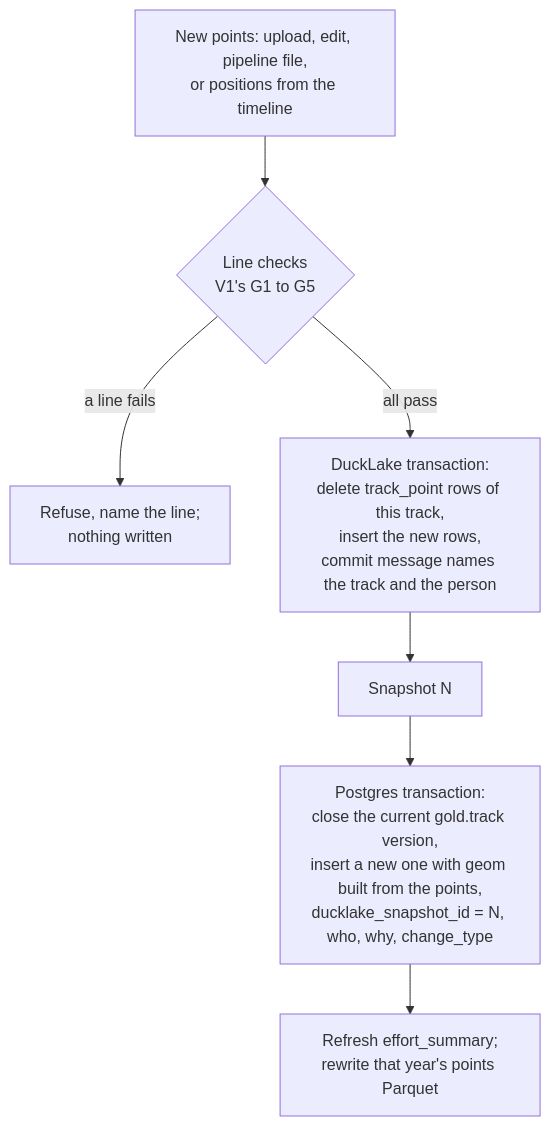
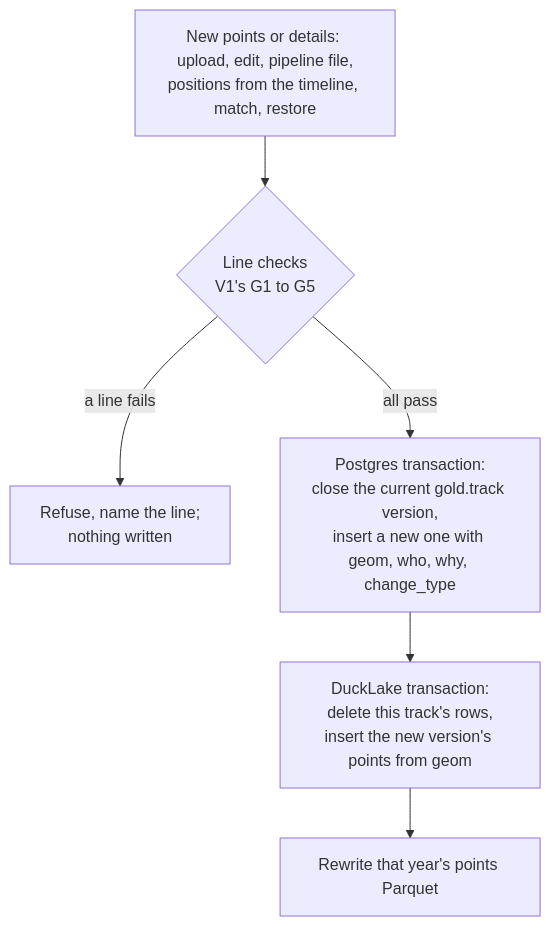
One commit to Boaxes/Cascadia-DB-V2 changed the first of 2 diagrams in docs/schema/ducklake.md. Above: the diagram before and after it, drawn with Mermaid. The commit also changed other lines of this file and 8 other files, not shown here.

Commit message:
Bloat pass (Q-079 to Q-082): drop change_source, deleted and track status; four change types everywhere; effort_summary and place_name become views; Postgres is the source of truth for tracks with DuckLake as a copy

````diff
--- a/docs/schema/ducklake.md
+++ b/docs/schema/ducklake.md
@@ -69,9 +73,8 @@
 ```mermaid
 flowchart TD
-    A[New points: upload, edit, pipeline file,<br/>or positions from the timeline] --> B{Line checks<br/>V1's G1 to G5}
+    A[New points or details: upload, edit, pipeline file,<br/>positions from the timeline, match, restore] --> B{Line checks<br/>V1's G1 to G5}
     B -- a line fails --> X[Refuse, name the line;<br/>nothing written]
-    B -- all pass --> C[DuckLake transaction:<br/>delete track_point rows of this track,<br/>insert the new rows,<br/>commit message names the track and the person]
-    C --> D[Snapshot N]
-    D --> E[Postgres transaction:<br/>close the current gold.track version,<br/>insert a new one with geom built from the points,<br/>ducklake_snapshot_id = N, who, why, change_type]
-    E --> G[Refresh effort_summary;<br/>rewrite that year's points Parquet]
+    B -- all pass --> C[Postgres transaction:<br/>close the current gold.track version,<br/>insert a new one with geom, who, why, change_type]
+    C --> D[DuckLake transaction:<br/>delete this track's rows,<br/>insert the new version's points from geom]
+    D --> G[Rewrite that year's points Parquet]
 ```
````
